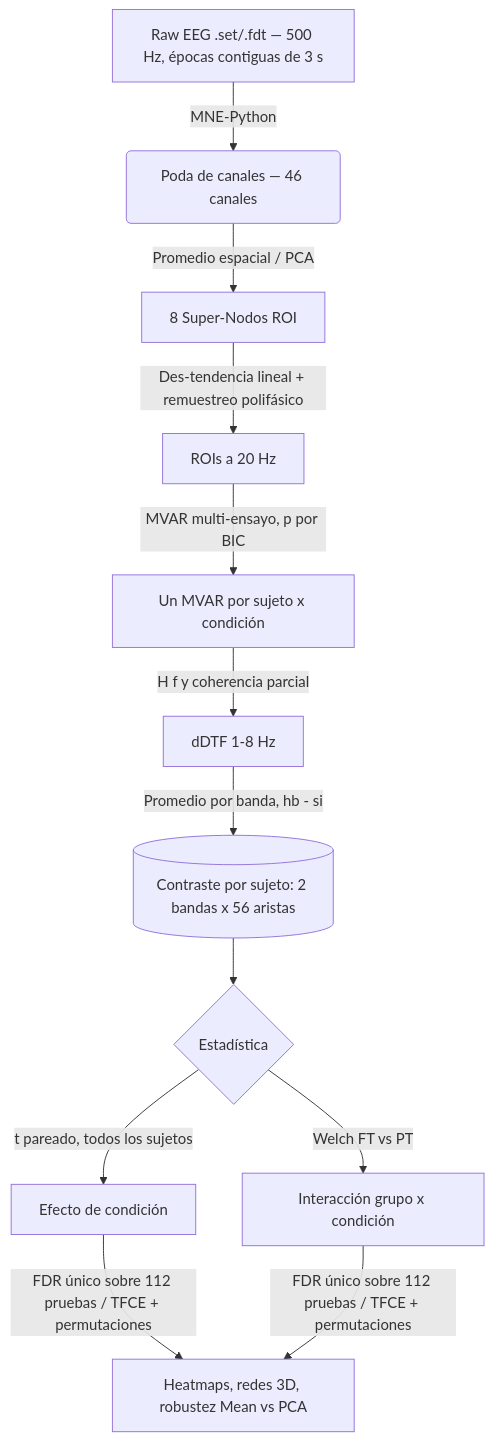
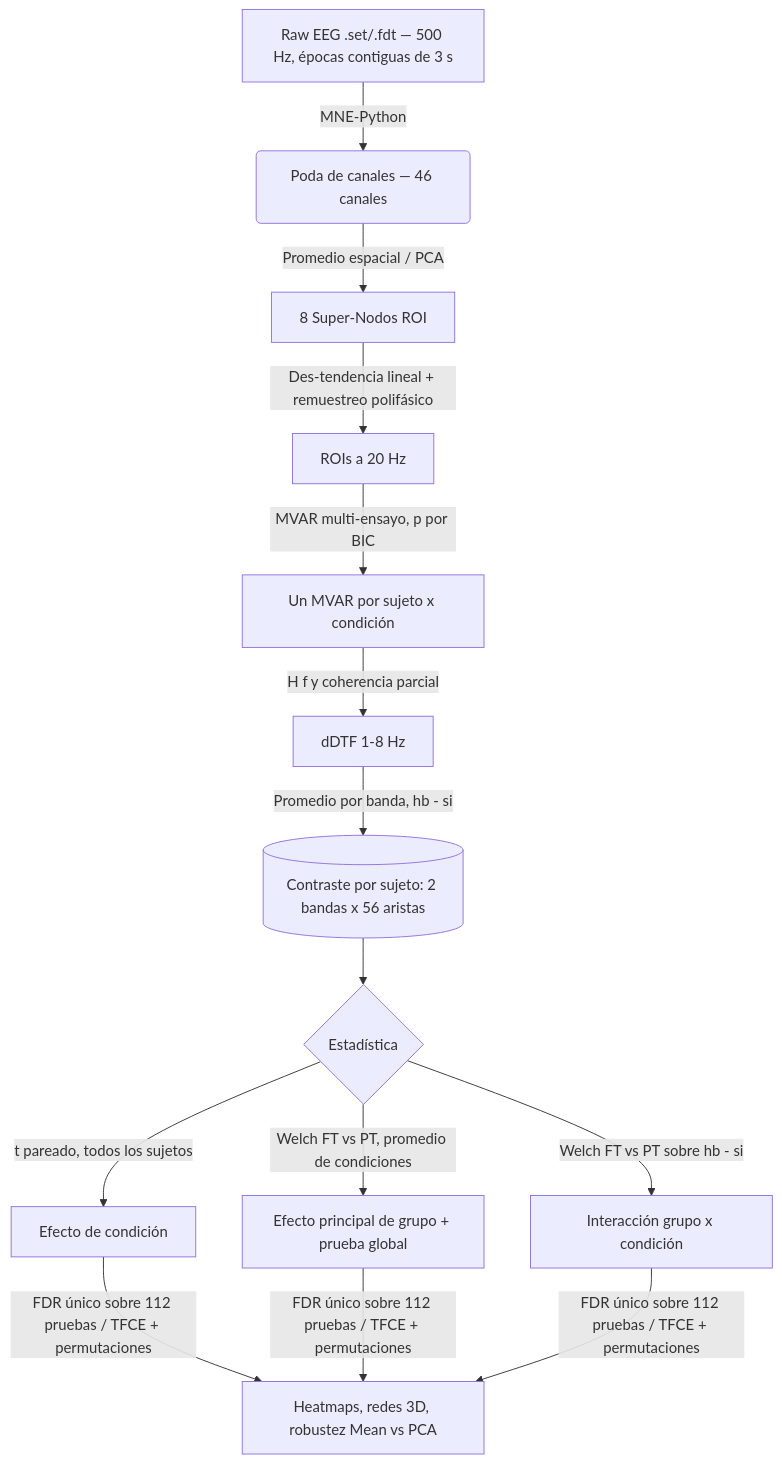
Before and after one commit to MauroMigli/IPRE-2026-1: the diagram in README.md, drawn with Mermaid. The commit also changed other lines of this file and 30 other files, not shown here.

First line of the commit message:
Añadir efecto principal de grupo (FT vs PT) y chequeo de conducción de volumen

````diff
--- a/README.md
+++ b/README.md
@@ -13,13 +13,14 @@
 ```mermaid
 graph TD
     A[Raw EEG .set/.fdt — 500 Hz, épocas contiguas de 3 s] -->|MNE-Python| B(Poda de canales — 46 canales)
     B -->|Promedio espacial / PCA| C[8 Super-Nodos ROI]
     C -->|Des-tendencia lineal + remuestreo polifásico| D[ROIs a 20 Hz]
     D -->|MVAR multi-ensayo, p por BIC| E[Un MVAR por sujeto x condición]
     E -->|H f y coherencia parcial| F[dDTF 1-8 Hz]
     F -->|Promedio por banda, hb - si| G[(Contraste por sujeto: 2 bandas x 56 aristas)]
     G --> H{Estadística}
     H -->|t pareado, todos los sujetos| I[Efecto de condición]
-    H -->|Welch FT vs PT| J[Interacción grupo x condición]
-    I & J -->|FDR único sobre 112 pruebas / TFCE + permutaciones| K[Heatmaps, redes 3D, robustez Mean vs PCA]
+    H -->|Welch FT vs PT, promedio de condiciones| L[Efecto principal de grupo + prueba global]
+    H -->|Welch FT vs PT sobre hb - si| J[Interacción grupo x condición]
+    I & L & J -->|FDR único sobre 112 pruebas / TFCE + permutaciones| K[Heatmaps, redes 3D, robustez Mean vs PCA]
 ```
````
